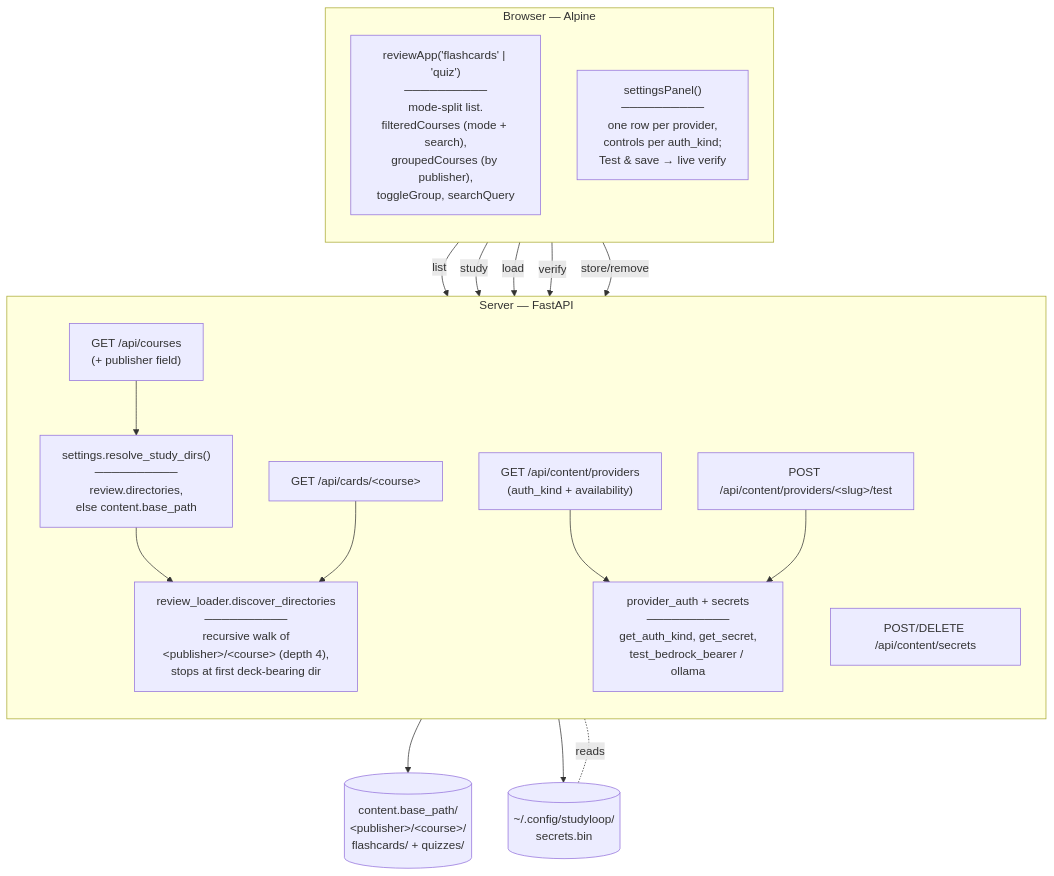
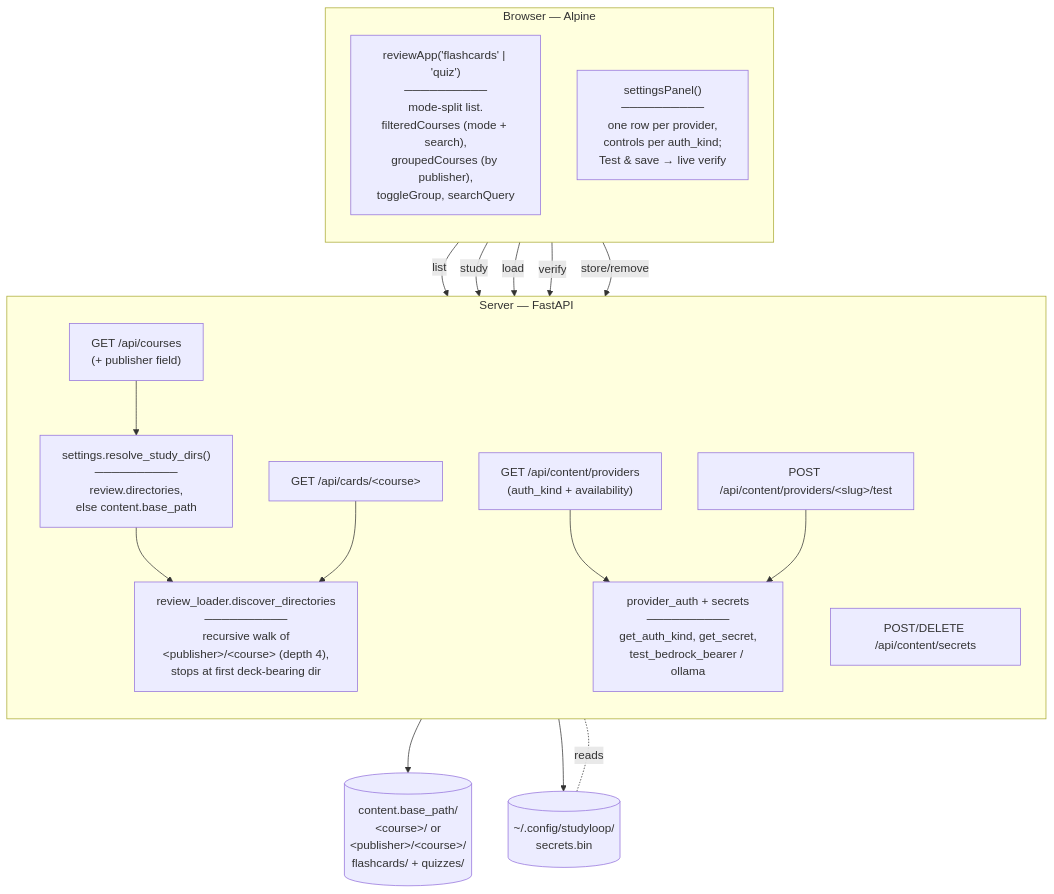
The seventh of 9 diagrams in docs/architecture/current.md (NetDevAutomate/StudyLoop), drawn with Mermaid before and after one commit. The commit also changed other lines of this file and 12 other files, not shown here.

````diff
--- a/docs/architecture/current.md
+++ b/docs/architecture/current.md
@@ -411,36 +428,36 @@
 ```mermaid
 flowchart TB
     subgraph Browser["Browser — Alpine"]
       direction TB
       Review["reviewApp('flashcards' | 'quiz')<br/>──────────<br/>mode-split list.<br/>filteredCourses (mode + search),<br/>groupedCourses (by publisher),<br/>toggleGroup, searchQuery"]
       Settings["settingsPanel()<br/>──────────<br/>one row per provider,<br/>controls per auth_kind;<br/>Test &amp; save → live verify"]
     end
 
     subgraph Backend["Server — FastAPI"]
       direction TB
       Courses["GET /api/courses<br/>(+ publisher field)"]
       Cards["GET /api/cards/&lt;course&gt;"]
       Providers["GET /api/content/providers<br/>(auth_kind + availability)"]
       Test["POST /api/content/providers/&lt;slug&gt;/test"]
       SecretsRoute["POST/DELETE /api/content/secrets"]
       Resolve["settings.resolve_study_dirs()<br/>──────────<br/>review.directories,<br/>else content.base_path"]
       Discover["review_loader.discover_directories<br/>──────────<br/>recursive walk of<br/>&lt;publisher&gt;/&lt;course&gt; (depth 4),<br/>stops at first deck-bearing dir"]
       Auth["provider_auth + secrets<br/>──────────<br/>get_auth_kind, get_secret,<br/>test_bedrock_bearer / ollama"]
     end
 
-    Disk[("content.base_path/<br/>&lt;publisher&gt;/&lt;course&gt;/<br/>flashcards/ + quizzes/")]
+    Disk[("content.base_path/<br/>&lt;course&gt;/ or<br/>&lt;publisher&gt;/&lt;course&gt;/<br/>flashcards/ + quizzes/")]
     Store[("~/.config/studyloop/<br/>secrets.bin")]
 
     Review -->|list| Courses
     Review -->|study| Cards
     Courses --> Resolve --> Discover --> Disk
     Cards --> Discover
 
     Settings -->|load| Providers
     Settings -->|verify| Test
     Settings -->|store/remove| SecretsRoute
     Providers --> Auth
     Test --> Auth
     SecretsRoute --> Store
     Auth -.reads.- Store
 ```
````
